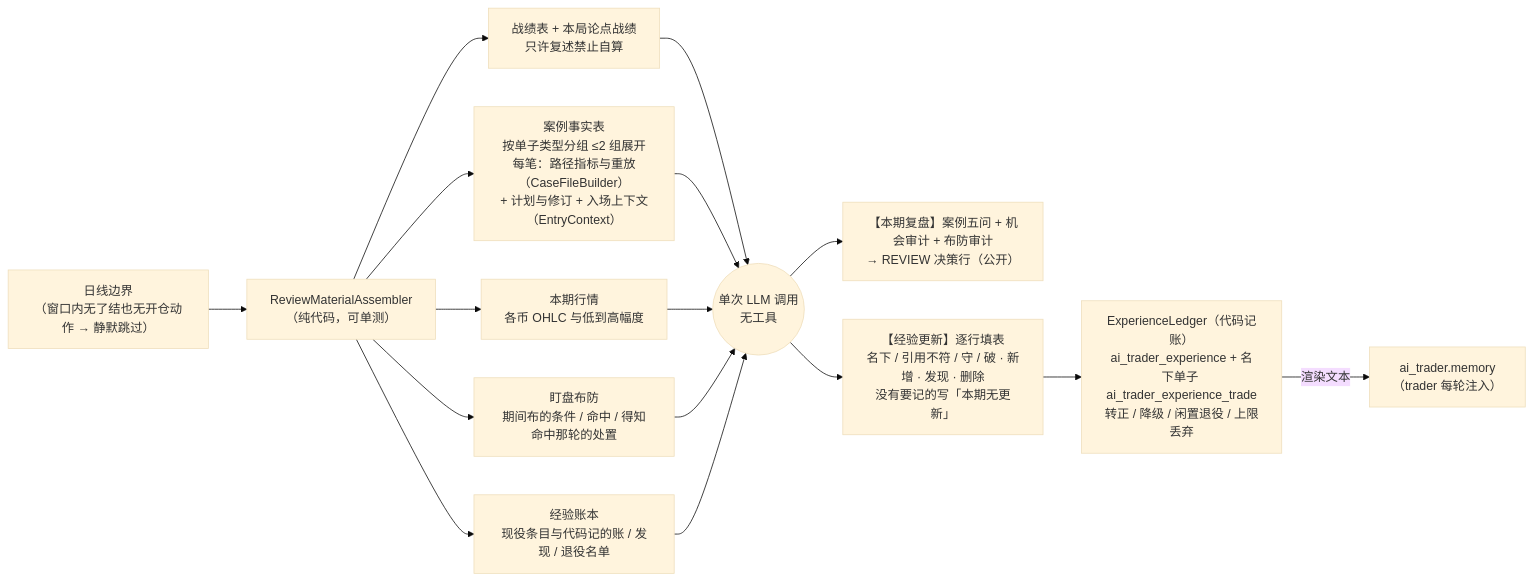
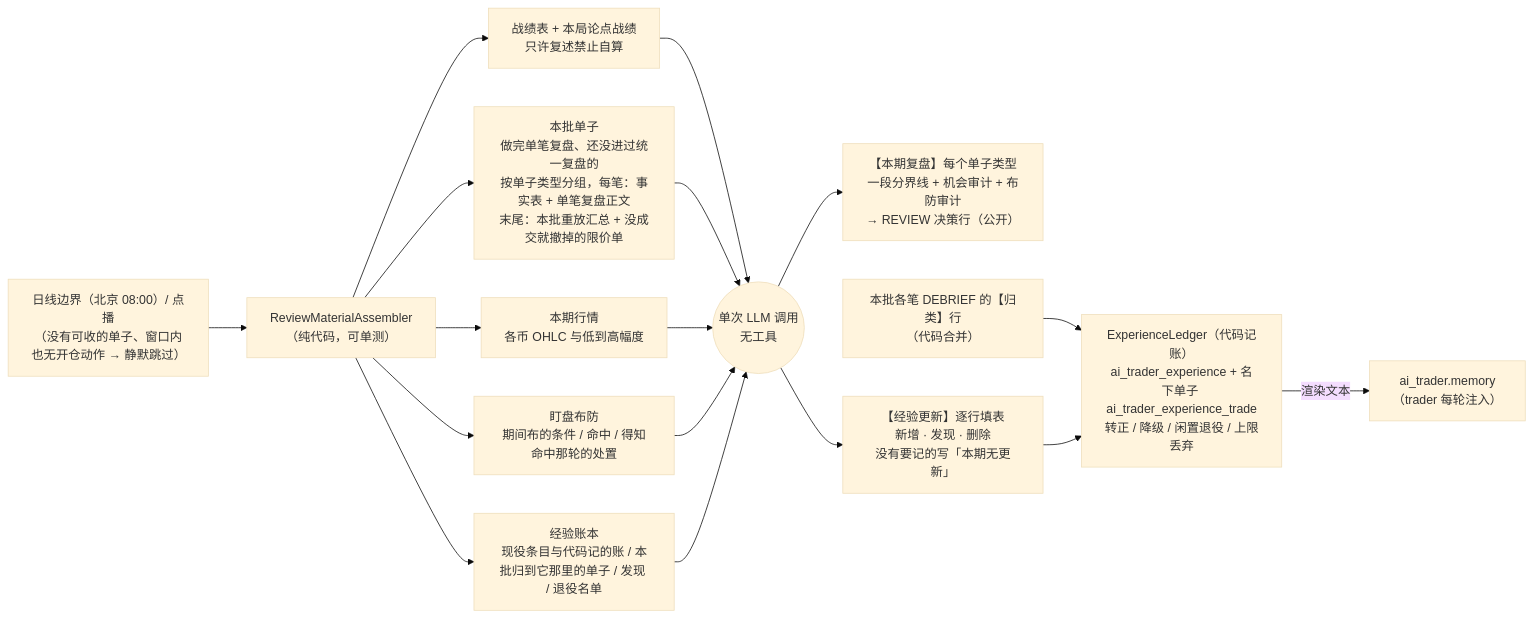
One commit to mamawai/wtfibought changed the fourth of 6 diagrams in docs/agent-harness/architecture.md. Above: the diagram before and after it, drawn with Mermaid (base theme). The commit also changed other lines of this file and 78 other files, not shown here.

````diff
--- a/docs/agent-harness/architecture.md
+++ b/docs/agent-harness/architecture.md
@@ -93,14 +123,15 @@
 ```mermaid
 flowchart LR
-    B["日线边界<br/>（窗口内无了结也无开仓动作 → 静默跳过）"] --> RMA["ReviewMaterialAssembler<br/>（纯代码，可单测）"]
+    B["日线边界（北京 08:00）/ 点播<br/>（没有可收的单子、窗口内也无开仓动作 → 静默跳过）"] --> RMA["ReviewMaterialAssembler<br/>（纯代码，可单测）"]
     RMA --> F1["战绩表 + 本局论点战绩<br/>只许复述禁止自算"]
-    RMA --> F2["案例事实表<br/>按单子类型分组 ≤2 组展开<br/>每笔：路径指标与重放（CaseFileBuilder）<br/>+ 计划与修订 + 入场上下文（EntryContext）"]
+    RMA --> F2["本批单子<br/>做完单笔复盘、还没进过统一复盘的<br/>按单子类型分组，每笔：事实表 + 单笔复盘正文<br/>末尾：本批重放汇总 + 没成交就撤掉的限价单"]
     RMA --> F3["本期行情<br/>各币 OHLC 与低到高幅度"]
     RMA --> F5["盯盘布防<br/>期间布的条件 / 命中 / 得知命中那轮的处置"]
-    RMA --> F4["经验账本<br/>现役条目与代码记的账 / 发现 / 退役名单"]
+    RMA --> F4["经验账本<br/>现役条目与代码记的账 / 本批归到它那里的单子 / 发现 / 退役名单"]
     F1 & F2 & F3 & F5 & F4 --> LLM(("单次 LLM 调用<br/>无工具"))
-    LLM --> P1["【本期复盘】案例五问 + 机会审计 + 布防审计<br/>→ REVIEW 决策行（公开）"]
-    LLM --> P2["【经验更新】逐行填表<br/>名下 / 引用不符 / 守 / 破 · 新增 · 发现 · 删除<br/>没有要记的写「本期无更新」"]
+    LLM --> P1["【本期复盘】每个单子类型一段分界线 + 机会审计 + 布防审计<br/>→ REVIEW 决策行（公开）"]
+    LLM --> P2["【经验更新】逐行填表<br/>新增 · 发现 · 删除<br/>没有要记的写「本期无更新」"]
+    DEB["本批各笔 DEBRIEF 的【归类】行<br/>（代码合并）"] --> LED
     P2 --> LED["ExperienceLedger（代码记账）<br/>ai_trader_experience + 名下单子 ai_trader_experience_trade<br/>转正 / 降级 / 闲置退役 / 上限丢弃"]
     LED -->|"渲染文本"| MEM["ai_trader.memory<br/>（trader 每轮注入）"]
 ```
````
